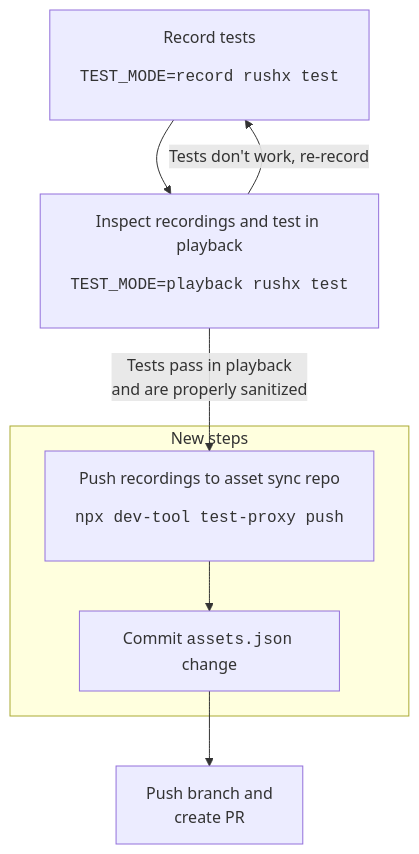
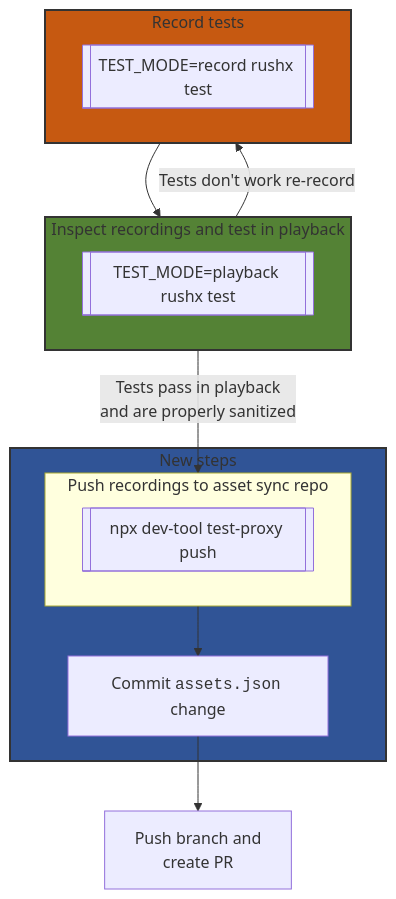
Before and after one commit to Azure/azure-sdk-for-js: the diagram in sdk/test-utils/recorder/ASSET_SYNC_MIGRATION.md, drawn with Mermaid. The commit also changed other lines of this file and 7 other files, not shown here.

````diff
--- a/sdk/test-utils/recorder/ASSET_SYNC_MIGRATION.md
+++ b/sdk/test-utils/recorder/ASSET_SYNC_MIGRATION.md
@@ -39,15 +86,33 @@
 ```mermaid
+
 graph TD
-record[Record tests<pre>TEST_MODE=record rushx test</pre>] -->
-playback[Inspect recordings and test in playback<pre>TEST_MODE=playback rushx test</pre>]
+    subgraph p3 [New steps]
+        subgraph p4 [Push recordings to asset sync repo]
+            push[[npx dev-tool test-proxy push]]
+        end
+        p4-->assets[Commit <code>assets.json</code> change]
 
-playback -- Tests don't work, re-record --> record
-playback -- Tests pass in playback\nand are properly sanitized --> push
+    end
 
-subgraph New steps
-push[Push recordings to asset sync repo<pre>npx dev-tool test-proxy push</pre>] -->
-assets[Commit <code>assets.json</code> change]
-end
+    assets --> pr[Push branch and\ncreate PR]
 
-assets --> pr[Push branch and\ncreate PR]
+    subgraph p2 [Inspect recordings and test in playback]
+        playback[[TEST_MODE=playback rushx test]]
+    end
+
+    subgraph p1 [Record tests]
+        record[[TEST_MODE=record rushx test]]
+    end
+
+    p1 --> p2
+    p2 -- Tests don't work re-record --> p1
+    p2 -- Tests pass in playback\nand are properly sanitized --> p4
+
+
+    classDef green fill:#548235,stroke:#333,stroke-width:2px
+    classDef orange fill:#C65911,stroke:#333,stroke-width:2px
+    classDef blue fill:#305496,stroke:#333,stroke-width:2px
+    class p1 orange
+    class p2 green
+    class p3 blue
 ```
````
